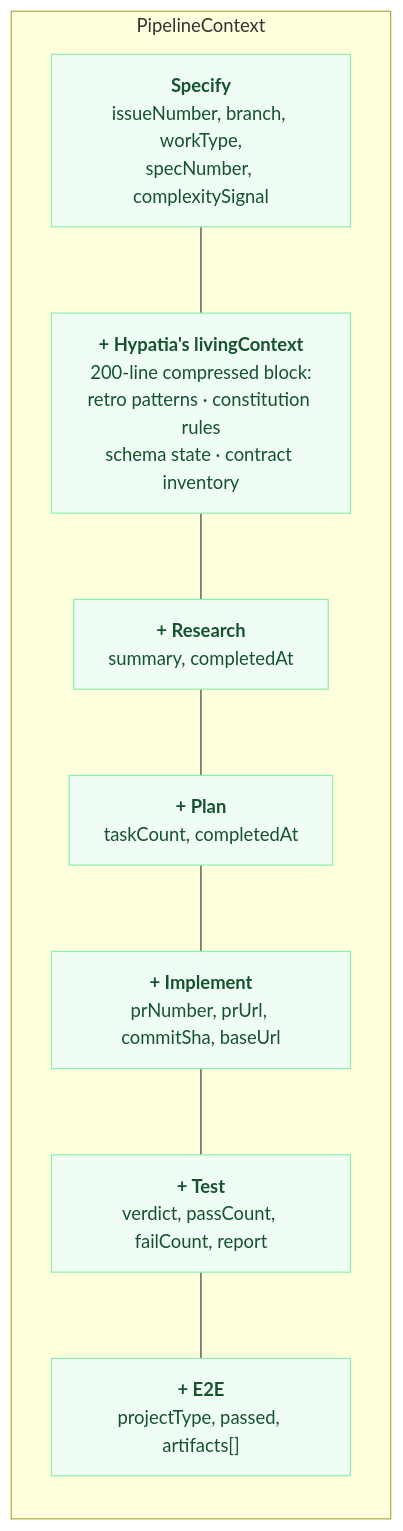
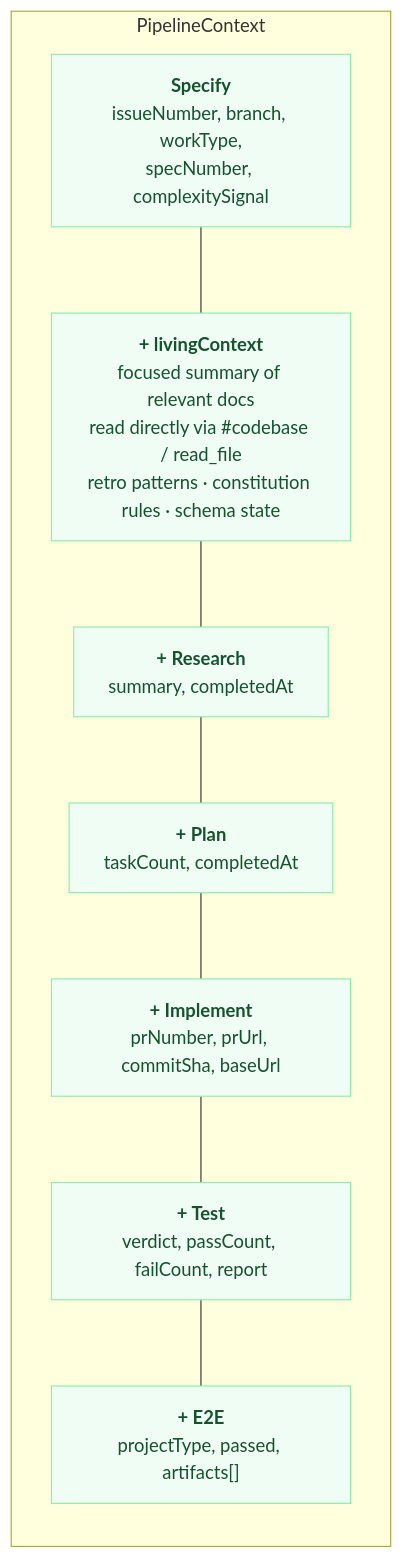
The third of 4 diagrams in README.md (ranvirsingh/speckit), drawn with Mermaid before and after one commit. The commit also changed other lines of this file and 39 other files, not shown here.

````diff
--- a/README.md
+++ b/README.md
@@ -300,17 +253,17 @@
 ```mermaid
 flowchart LR
   subgraph PC ["PipelineContext"]
     direction TB
     L1["<b>Specify</b><br/>issueNumber, branch, workType,<br/>specNumber, complexitySignal"]
-    L2["<b>+ Hypatia's livingContext</b><br/>200-line compressed block:<br/>retro patterns · constitution rules<br/>schema state · contract inventory"]
+    L2["<b>+ livingContext</b><br/>focused summary of relevant docs<br/>read directly via #codebase / read_file<br/>retro patterns · constitution rules · schema state"]
     L3["<b>+ Research</b><br/>summary, completedAt"]
     L4["<b>+ Plan</b><br/>taskCount, completedAt"]
     L5["<b>+ Implement</b><br/>prNumber, prUrl, commitSha, baseUrl"]
     L6["<b>+ Test</b><br/>verdict, passCount, failCount, report"]
     L7["<b>+ E2E</b><br/>projectType, passed, artifacts[]"]
     L1 --- L2 --- L3 --- L4 --- L5 --- L6 --- L7
   end
 
   classDef ctx fill:#f0fdf4,color:#14532d,stroke:#86efac,stroke-width:1px;
   class L1,L2,L3,L4,L5,L6,L7 ctx;
 ```
````
